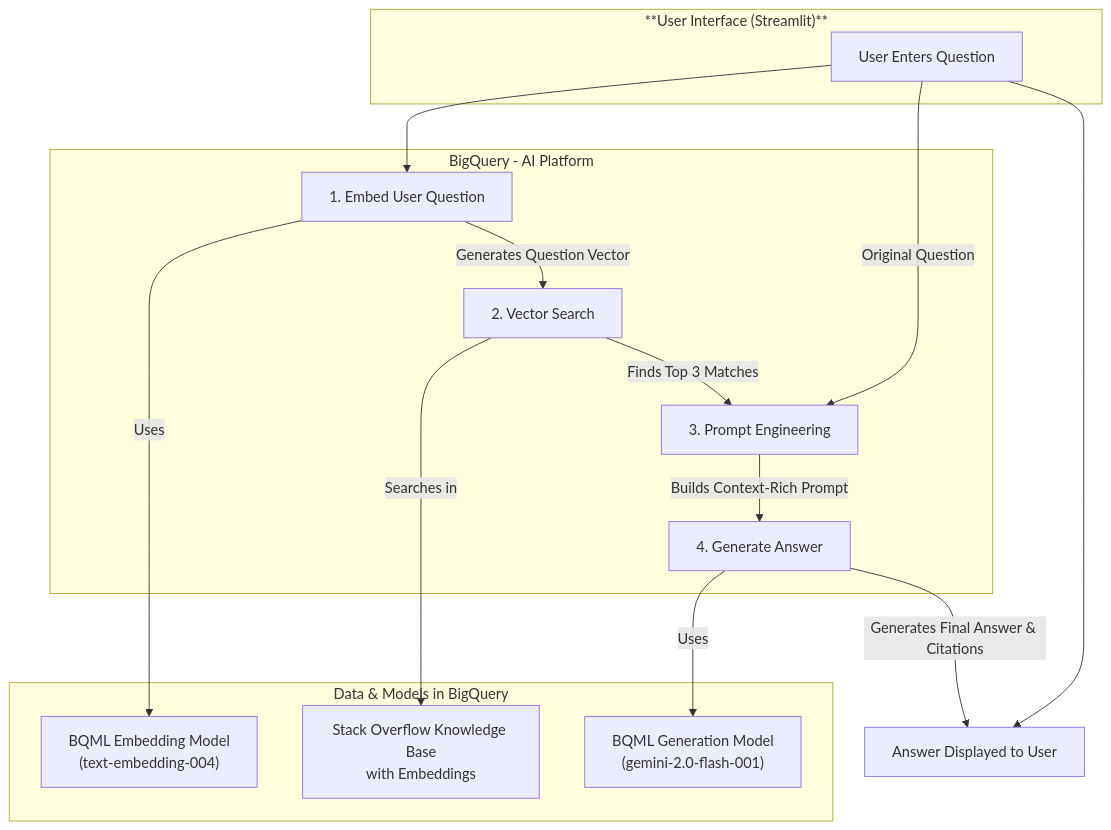
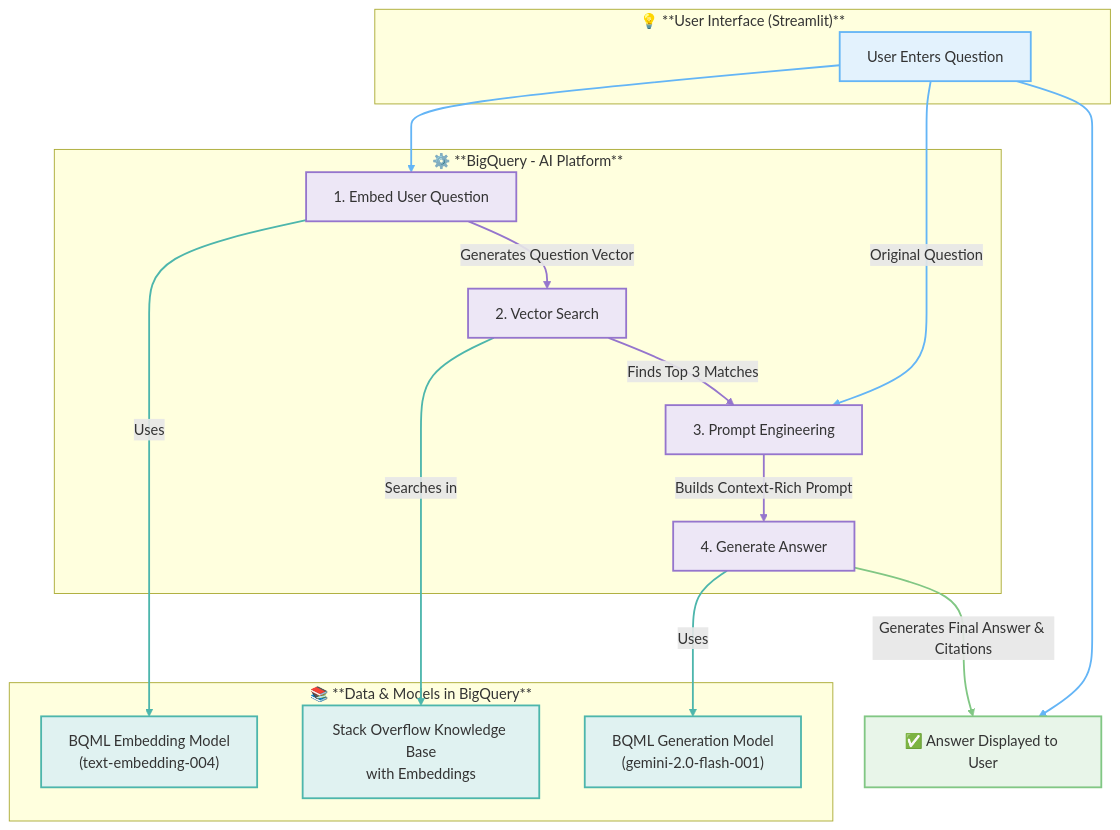
The diagram in README.md (kuldip2916/stake-whisper), drawn with Mermaid before and after one commit.

````diff
--- a/README.md
+++ b/README.md
@@ -63,33 +63,58 @@
 ```mermaid
 graph TD
-    subgraph "**User Interface (Streamlit)**"
+    %% Style Definitions for nodes
+    classDef ui fill:#e3f2fd,stroke:#64b5f6,stroke-width:2px,color:#333;
+    classDef bqai fill:#ede7f6,stroke:#9575cd,stroke-width:2px,color:#333;
+    classDef data fill:#e0f2f1,stroke:#4db6ac,stroke-width:2px,color:#333;
+    classDef result fill:#e8f5e9,stroke:#81c784,stroke-width:2px,color:#333;
+
+    subgraph "💡 **User Interface (Streamlit)**"
         A[User Enters Question]
     end
 
-    subgraph "BigQuery - AI Platform"
-        B["1. Embed User Question"]
-        C["2. Vector Search"]
-        D["3. Prompt Engineering"]
-        E["4. Generate Answer"]
+    subgraph "⚙️ **BigQuery - AI Platform**"
+        B[1. Embed User Question]
+        C[2. Vector Search]
+        D[3. Prompt Engineering]
+        E[4. Generate Answer]
     end
 
-    subgraph "Data & Models in BigQuery"
+    subgraph "📚 **Data & Models in BigQuery**"
         F["Stack Overflow Knowledge Base<br>with Embeddings"]
         G["BQML Embedding Model<br>(text-embedding-004)"]
         H["BQML Generation Model<br>(gemini-2.0-flash-001)"]
     end
 
+    I[✅ Answer Displayed to User]
+
+    %% Connection definitions (order matters for styling below)
     A --> B;
     B -- "Uses" --> G;
     B -- "Generates Question Vector" --> C;
     C -- "Searches in" --> F;
     C -- "Finds Top 3 Matches" --> D;
-    A -- "Original Question" --> D
+    A -- "Original Question" --> D;
     D -- "Builds Context-Rich Prompt" --> E;
     E -- "Uses" --> H;
-    E -- "Generates Final Answer & Citations" --> I[Answer Displayed to User];
-    A --> I
+    E -- "Generates Final Answer & Citations" --> I;
+    A --> I;
+
+    %% Assigning styles to the nodes
+    class A ui;
+    class B,C,D,E bqai;
+    class F,G,H data;
+    class I result;
+
+    %% Assigning styles to the connections (links are 0-indexed)
+    %% UI related links (blue)
+    linkStyle 0,5,9 stroke:#64b5f6,stroke-width:2px;
+    %% BQ AI internal process links (purple)
+    linkStyle 2,4,6 stroke:#9575cd,stroke-width:2px;
+    %% Data & Model interaction links (teal)
+    linkStyle 1,3,7 stroke:#4db6ac,stroke-width:2px;
+    %% Final result link (green)
+    linkStyle 8 stroke:#81c784,stroke-width:2px;
 
     
 
 ```
````
